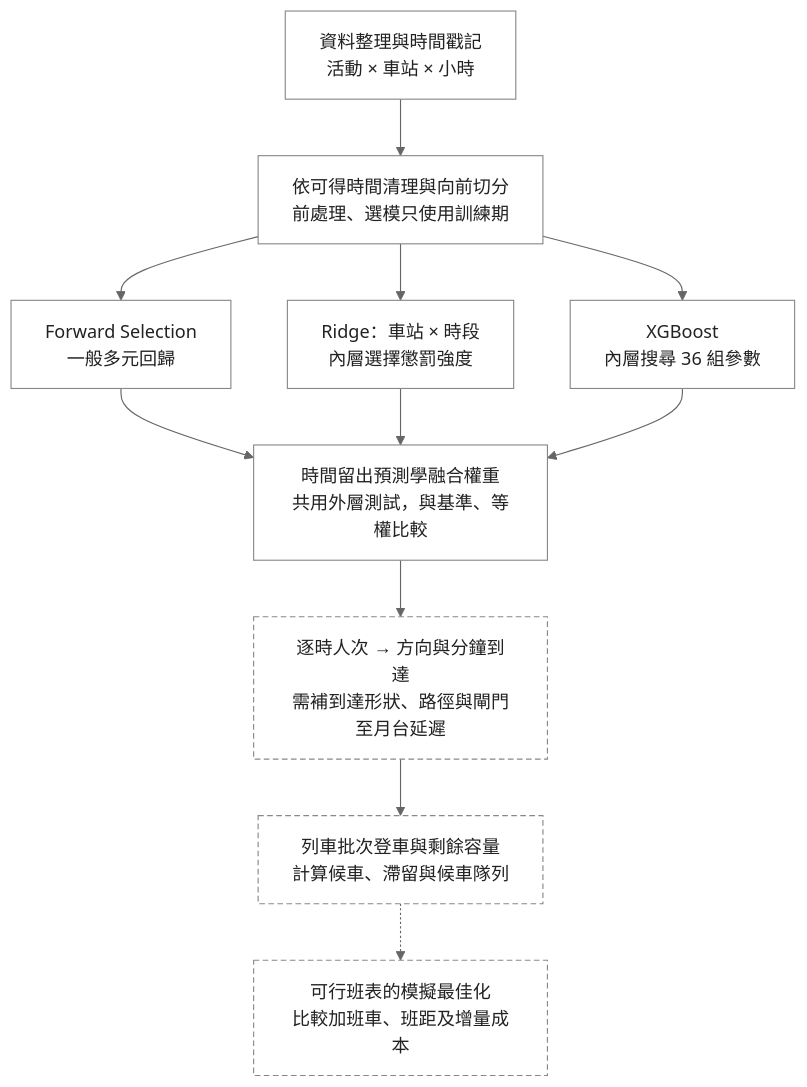
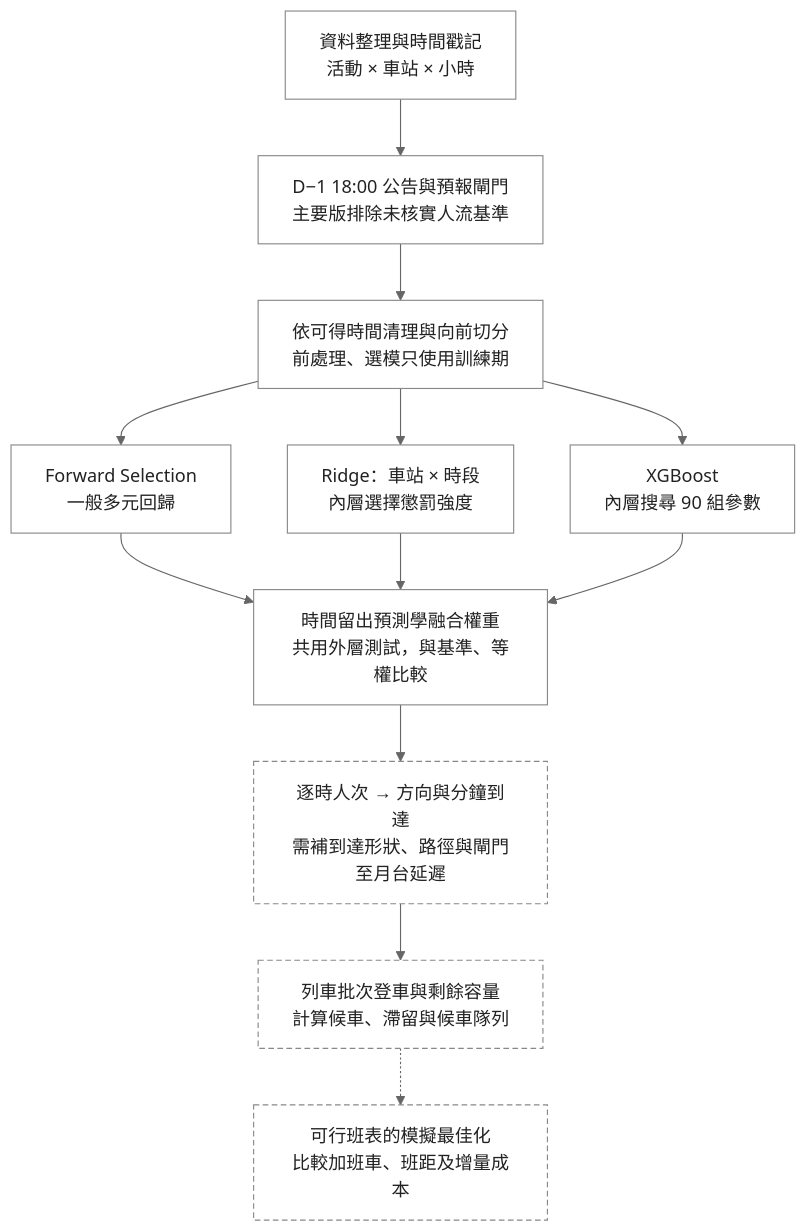
One commit to 410911316/Statistical-Practice-final changed the diagram in README.md. Above: the diagram before and after it, drawn with Mermaid. The commit also changed other lines of this file and 152 other files, not shown here.

````diff
--- a/README.md
+++ b/README.md
@@ -68,27 +127,29 @@
 ```mermaid
 flowchart TD
     A["資料整理與時間戳記<br/>活動 × 車站 × 小時"]
+    J["D−1 18:00 公告與預報閘門<br/>主要版排除未核實人流基準"]
     B["依可得時間清理與向前切分<br/>前處理、選模只使用訓練期"]
     C["Forward Selection<br/>一般多元回歸"]
     D["Ridge：車站 × 時段<br/>內層選擇懲罰強度"]
-    E["XGBoost<br/>內層搜尋 36 組參數"]
+    E["XGBoost<br/>內層搜尋 90 組參數"]
     F["時間留出預測學融合權重<br/>共用外層測試，與基準、等權比較"]
     G["逐時人次 → 方向與分鐘到達<br/>需補到達形狀、路徑與閘門至月台延遲"]
     H["列車批次登車與剩餘容量<br/>計算候車、滯留與候車隊列"]
     I["可行班表的模擬最佳化<br/>比較加班車、班距及增量成本"]
-    A --> B
+    A --> J
+    J --> B
     B --> C
     B --> D
     B --> E
     C --> F
     D --> F
     E --> F
     F --> G
     G --> H
     H -.-> I
     classDef completed fill:#fff,stroke:#888,color:#222,stroke-width:1px;
     classDef assumed fill:#fff,stroke:#888,color:#222,stroke-width:1px,stroke-dasharray:5 3;
-    class A,B,C,D,E,F completed;
+    class A,J,B,C,D,E,F completed;
     class G,H,I assumed;
     linkStyle default stroke:#666,stroke-width:1px;
 ```
````
